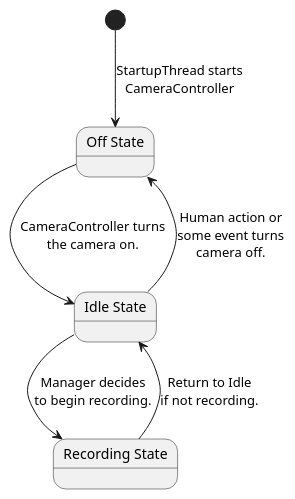
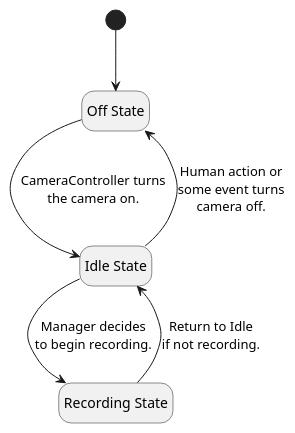
One commit to PurdueAerialRoboticsTeam/feonix-docs changed the sixth of 9 diagrams in docs/index.md. Above: the diagram before and after it, drawn with PlantUML. The commit also changed other lines of this file, not shown here.

Commit message:
Improved Sauron State Diagram

````diff
--- a/docs/index.md
+++ b/docs/index.md
@@ -169,18 +170,15 @@
 ```plantuml
 @startuml
-[*] --> OffState : StartupThread starts\nCameraController
+hide empty description
 
-state "Off State" as OffState {
-}
+state "Off State" as OffState
+state "Idle State" as IdleState
+state "Recording State" as RecordingState
 
-state "Idle State" as IdleState {
-}
-
-state "Recording State" as RecordingState {
-}
-
+[*] --> OffState
 OffState --> IdleState : CameraController turns\nthe camera on.
 IdleState --> OffState : Human action or\nsome event turns\ncamera off.
 IdleState --> RecordingState : Manager decides\nto begin recording.
 RecordingState --> IdleState : Return to Idle\nif not recording.
+@enduml
 ```
````
